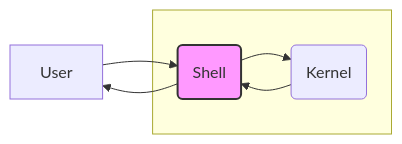
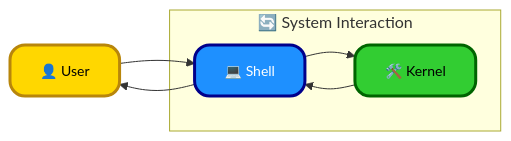
One commit to infoyouth/infoyouth.github.io changed the second of 4 diagrams in _posts/2025-03-04-01.-shell-basics.md. Above: the diagram before and after it, drawn with Mermaid. The commit also changed other lines of this file, not shown here.

````diff
--- a/_posts/2025-03-04-01.-shell-basics.md
+++ b/_posts/2025-03-04-01.-shell-basics.md
@@ -102,12 +116,23 @@
 ```mermaid
 graph LR
-    A[User] --> B(Shell);
-    B --> C(Kernel);
+    A["👤 User"] --> B["💻 Shell"];
+    B --> C["🛠️ Kernel"];
     C --> B;
     B --> A;
-    subgraph " "
+
+    subgraph "🔄 System Interaction"
         B;
         C;
     end
-    style B fill:#f9f,stroke:#333,stroke-width:2px
+
+    %% Custom Styles
+    classDef userStyle fill:#FFD700,stroke:#B8860B,color:#000000,font-size:14px,stroke-width:3px,rx:15px,shadow:5px;
+    classDef shellStyle fill:#1E90FF,stroke:#00008B,color:#FFFFFF,font-size:14px,stroke-width:3px,rx:15px,shadow:5px;
+    classDef kernelStyle fill:#32CD32,stroke:#006400,color:#000000,font-size:14px,stroke-width:3px,rx:15px,shadow:5px;
+
+    %% Apply Classes
+    class A userStyle;
+    class B shellStyle;
+    class C kernelStyle;
+
 ```
````
